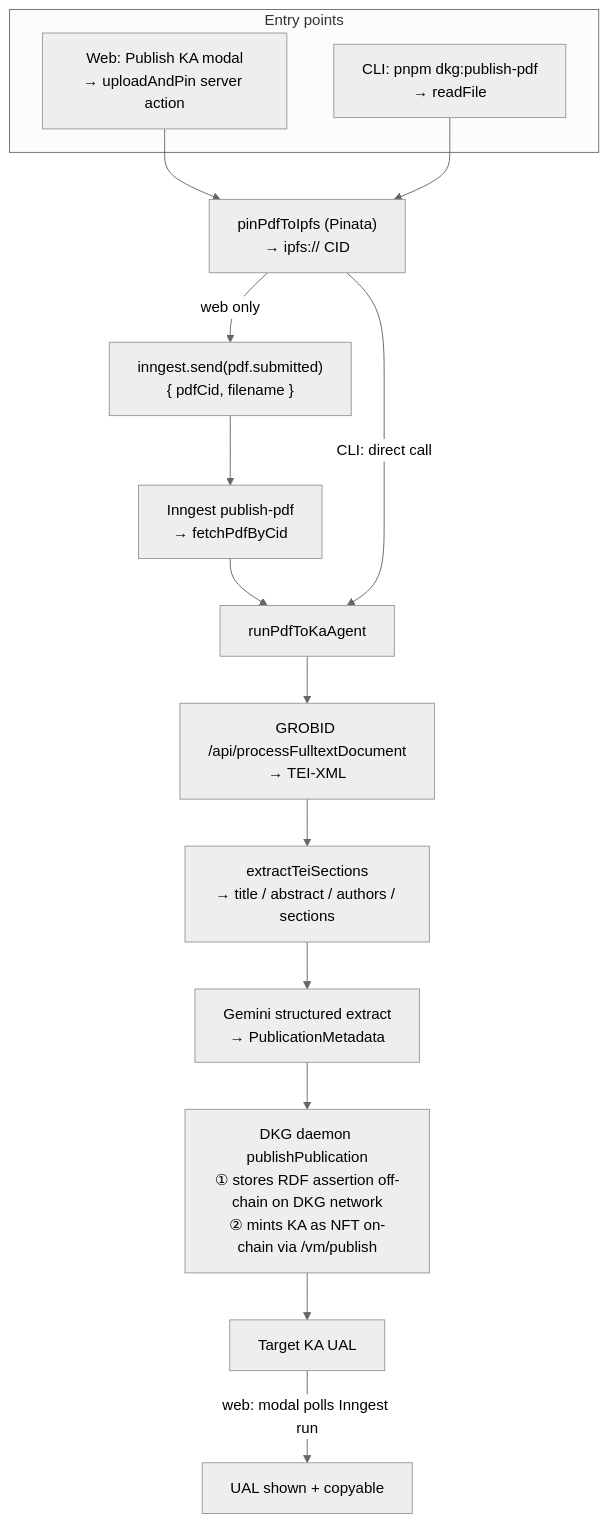
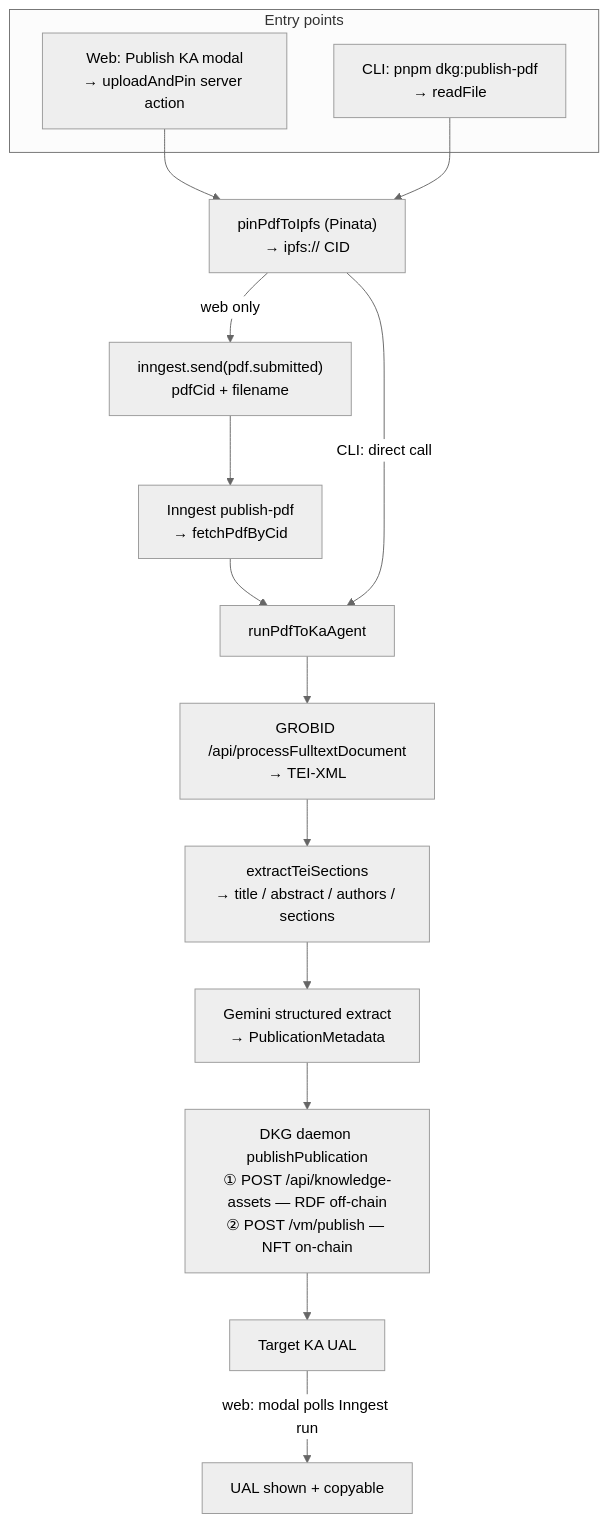
The second of 3 diagrams in README.md (SiegfriedBz/desci-rating-dapp), drawn with Mermaid (neutral theme) before and after one commit. The commit also changed other lines of this file and 1 other file, not shown here.

````diff
--- a/README.md
+++ b/README.md
@@ -58,19 +110,19 @@
 ```mermaid
 flowchart TD
   subgraph entry["Entry points"]
-    WEB["Web: Publish KA modal\n→ uploadAndPin server action"]
-    CLI["CLI: pnpm dkg:publish-pdf\n→ readFile"]
+    WEB["Web: Publish KA modal<br/>→ uploadAndPin server action"]
+    CLI["CLI: pnpm dkg:publish-pdf<br/>→ readFile"]
   end
-  WEB --> PIN["pinPdfToIpfs (Pinata)\n→ ipfs:// CID"]
+  WEB --> PIN["pinPdfToIpfs (Pinata)<br/>→ ipfs:// CID"]
   CLI --> PIN
-  PIN -->|web only| EV["inngest.send(pdf.submitted)\n{ pdfCid, filename }"]
-  EV --> FN["Inngest publish-pdf\n→ fetchPdfByCid"]
+  PIN -->|"web only"| EV["inngest.send(pdf.submitted)<br/>pdfCid + filename"]
+  EV --> FN["Inngest publish-pdf<br/>→ fetchPdfByCid"]
   FN --> AGENT["runPdfToKaAgent"]
-  PIN -->|CLI: direct call| AGENT
-  AGENT --> GROBID["GROBID /api/processFulltextDocument\n→ TEI-XML"]
-  GROBID --> TEI["extractTeiSections\n→ title / abstract / authors / sections"]
-  TEI --> META["Gemini structured extract\n→ PublicationMetadata"]
-  META --> DAEMON["DKG daemon publishPublication\n① stores RDF assertion off-chain on DKG network\n② mints KA as NFT on-chain via /vm/publish"]
+  PIN -->|"CLI: direct call"| AGENT
+  AGENT --> GROBID["GROBID /api/processFulltextDocument<br/>→ TEI-XML"]
+  GROBID --> TEI["extractTeiSections<br/>→ title / abstract / authors / sections"]
+  TEI --> META["Gemini structured extract<br/>→ PublicationMetadata"]
+  META --> DAEMON["DKG daemon publishPublication<br/>① POST /api/knowledge-assets — RDF off-chain<br/>② POST /vm/publish — NFT on-chain"]
   DAEMON --> UAL["Target KA UAL"]
-  UAL -->|web: modal polls Inngest run| SHOW["UAL shown + copyable"]
+  UAL -->|"web: modal polls Inngest run"| SHOW["UAL shown + copyable"]
 ```
````
